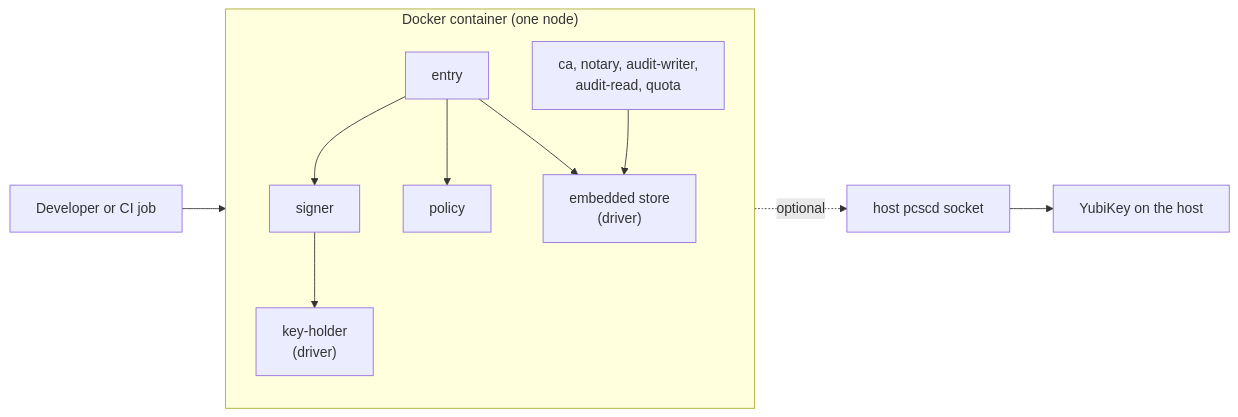
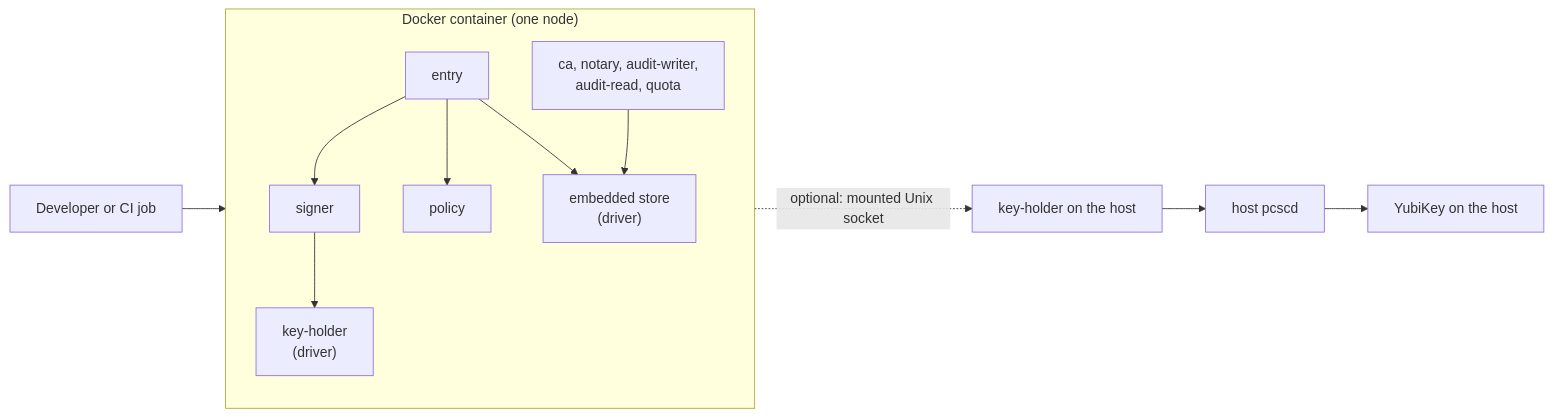
One commit to truvity/sluis changed the diagram in docs/shapes/local.md. Above: the diagram before and after it, drawn with Mermaid. The commit also changed other lines of this file and 13 other files, not shown here.

First line of the commit message:
docs(site): decide OD-8 (host key-holder) and OD-12 (no index on Lambda)

````diff
--- a/docs/shapes/local.md
+++ b/docs/shapes/local.md
@@ -13,20 +13,21 @@
 ```mermaid
 flowchart LR
   dev["Developer or CI job"] --> entry
   subgraph container["Docker container (one node)"]
     direction TB
     entry["entry"]
     signer["signer"]
     policy["policy"]
     others["ca, notary, audit-writer,<br/>audit-read, quota"]
     keyholder["key-holder<br/>(driver)"]
     state["embedded store<br/>(driver)"]
     entry --> signer
     entry --> policy
     signer --> keyholder
     others --> state
     entry --> state
   end
-  keyholder -. "optional" .-> pcscd["host pcscd socket"]
+  keyholder -. "optional: mounted Unix socket" .-> hostkh["key-holder on the host"]
+  hostkh --> pcscd["host pcscd"]
   pcscd --> yk["YubiKey on the host"]
 ```
````
